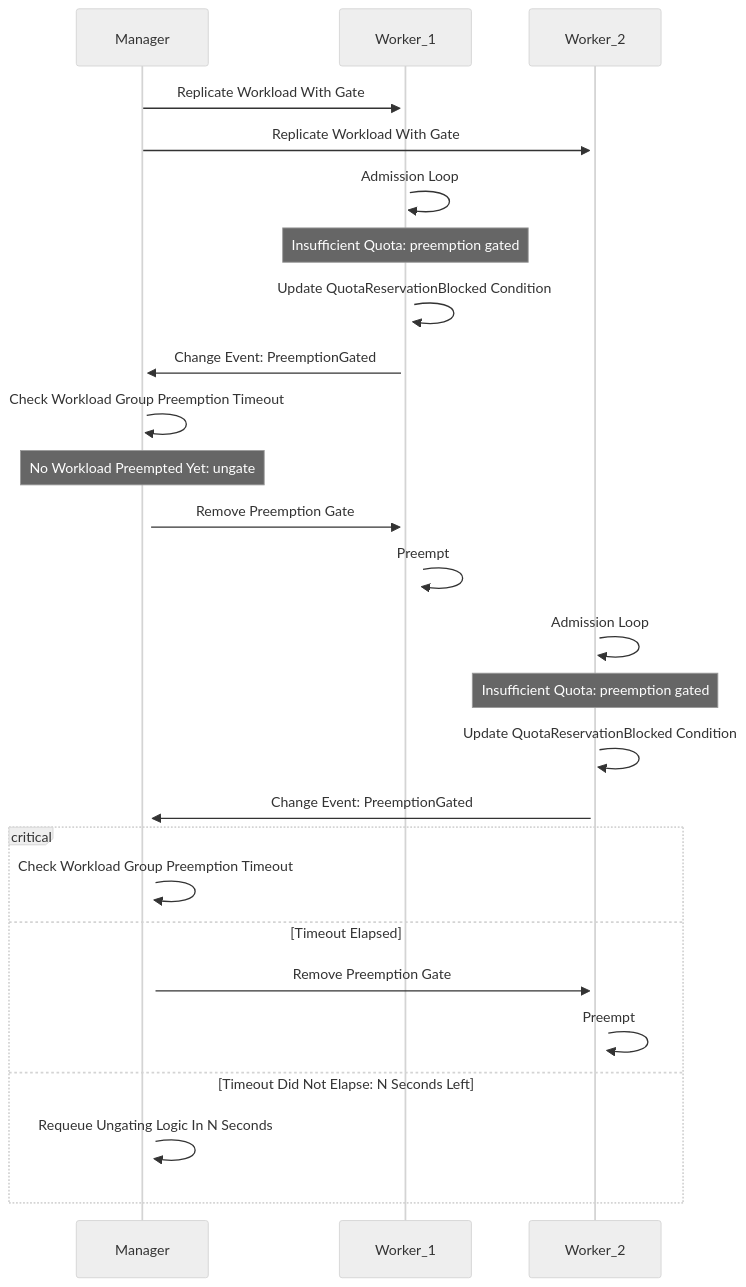
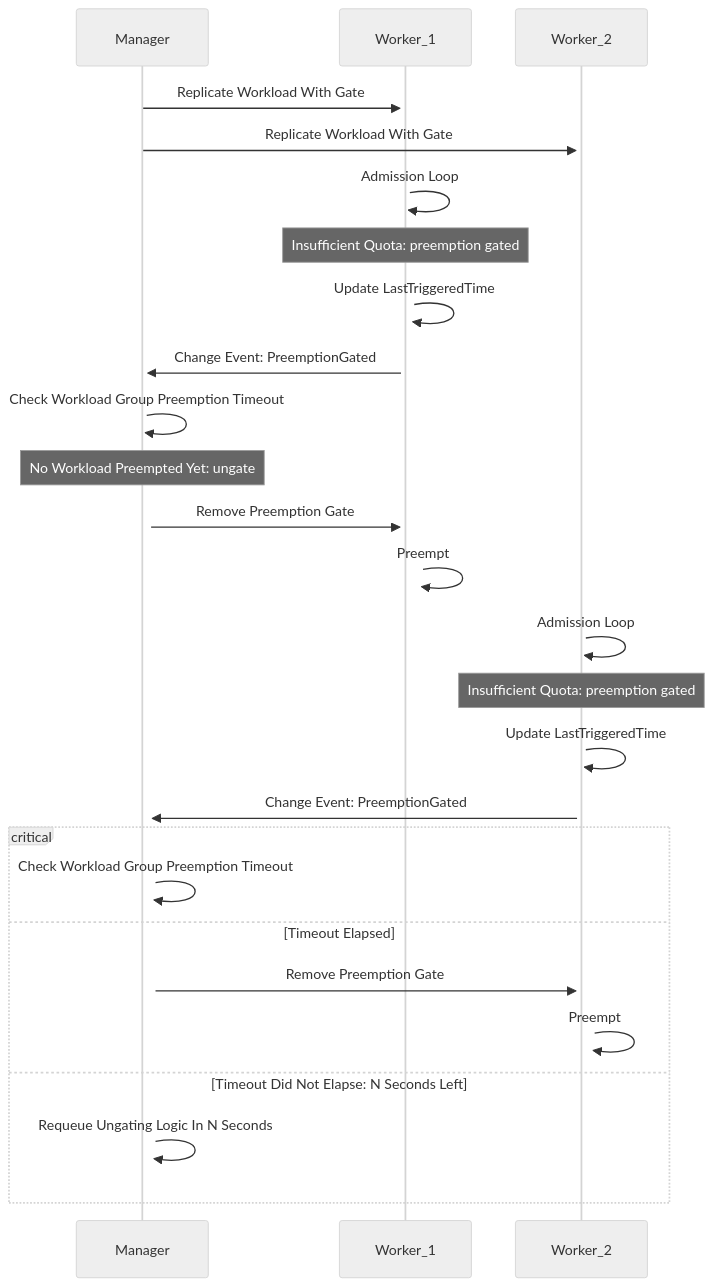
Before and after one commit to kubernetes-sigs/kueue: the diagram in keps/8303-multikueue-synchronized-preemption/README.md, drawn with Mermaid (neutral theme). The commit also changed other lines of this file, not shown here.

Commit message:
Use `LastTriggeredTime` instead of `Condition`

````diff
--- a/keps/8303-multikueue-synchronized-preemption/README.md
+++ b/keps/8303-multikueue-synchronized-preemption/README.md
@@ -86,25 +85,25 @@
 ```mermaid
 sequenceDiagram
     Manager->>+Worker_1: Replicate Workload With Gate
     Manager->>+Worker_2: Replicate Workload With Gate
     Worker_1->>+Worker_1: Admission Loop
     Note over Worker_1, Worker_1: Insufficient Quota: preemption gated
-    Worker_1->>+Worker_1: Update QuotaReservationBlocked Condition
+    Worker_1->>+Worker_1: Update LastTriggeredTime
     Worker_1->>+Manager: Change Event: PreemptionGated
     Manager->>+Manager: Check Workload Group Preemption Timeout
     Note over Manager, Manager: No Workload Preempted Yet: ungate
     Manager->>+Worker_1: Remove Preemption Gate
     Worker_1->>+Worker_1: Preempt
     Worker_2->>Worker_2: Admission Loop
     Note over Worker_2, Worker_2: Insufficient Quota: preemption gated
-    Worker_2->>+Worker_2: Update QuotaReservationBlocked Condition
+    Worker_2->>+Worker_2: Update LastTriggeredTime
     Worker_2->>+Manager: Change Event: PreemptionGated
     critical
         Manager->>Manager: Check Workload Group Preemption Timeout
     option Timeout Elapsed
         Manager->>+Worker_2: Remove Preemption Gate
         Worker_2->>+Worker_2: Preempt
     option Timeout Did Not Elapse: N Seconds Left
         Manager->>Manager: Requeue Ungating Logic In N Seconds
     end
 ```
````
